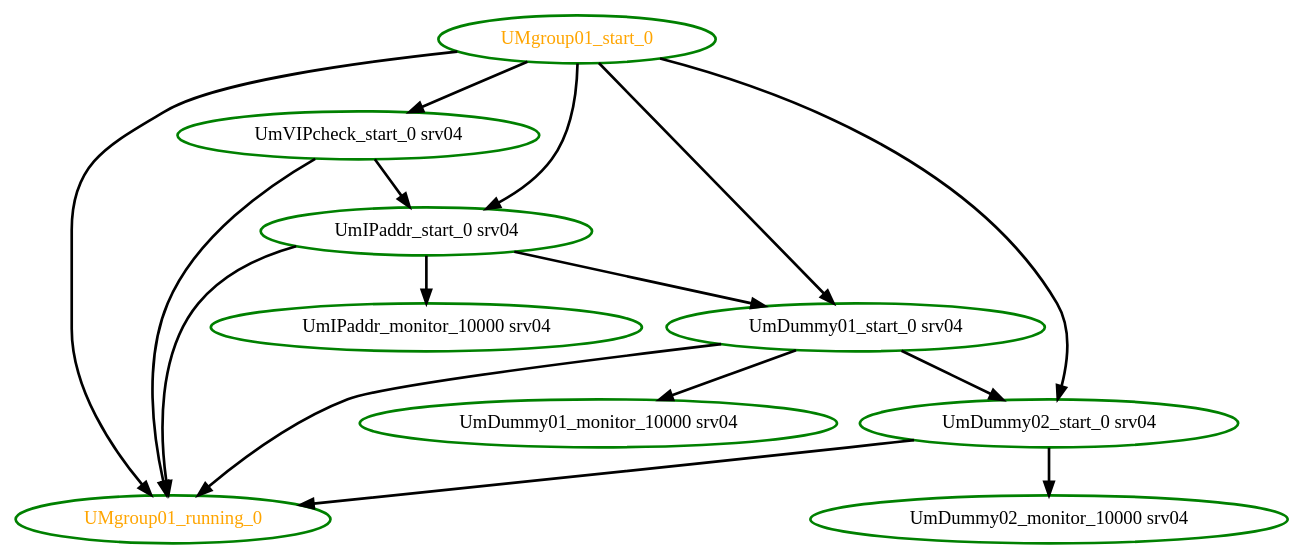
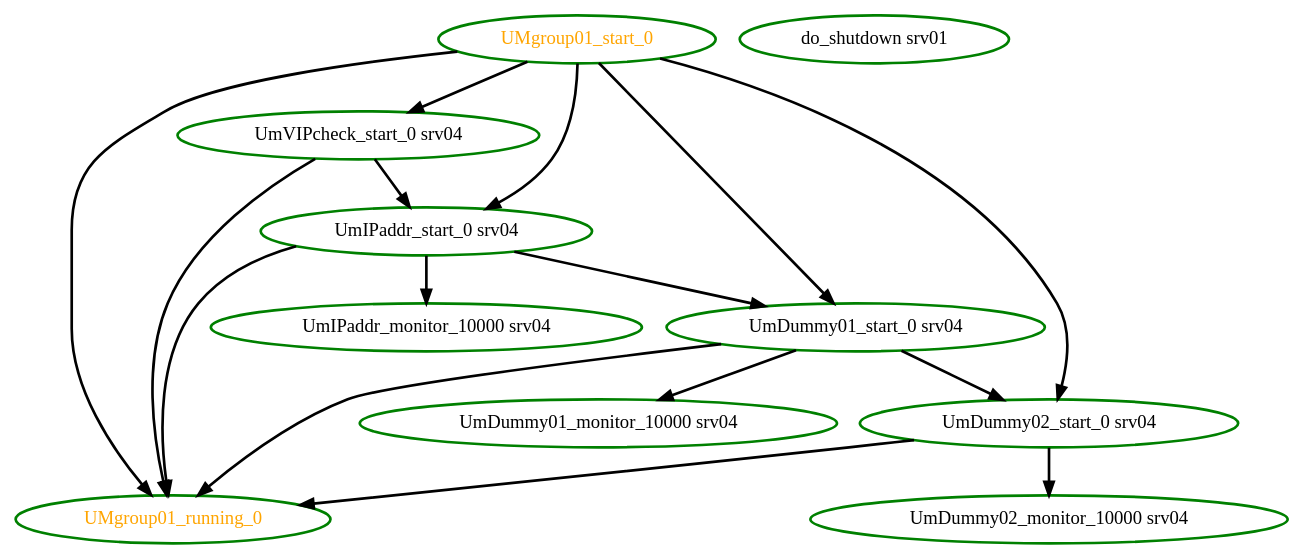
The diagram in pengine/test10/colocate-primitive-with-clone.dot (ClusterLabs/pacemaker), drawn with Graphviz before and after one commit. The commit also changed 3 other files, not shown here.

```diff
--- a/pengine/test10/colocate-primitive-with-clone.dot
+++ b/pengine/test10/colocate-primitive-with-clone.dot
@@ -1,26 +1,27 @@
 digraph "g" {
 "UMgroup01_running_0" [ style=bold color="green" fontcolor="orange" ]
 "UMgroup01_start_0" -> "UMgroup01_running_0" [ style = bold]
 "UMgroup01_start_0" -> "UmDummy01_start_0 srv04" [ style = bold]
 "UMgroup01_start_0" -> "UmDummy02_start_0 srv04" [ style = bold]
 "UMgroup01_start_0" -> "UmIPaddr_start_0 srv04" [ style = bold]
 "UMgroup01_start_0" -> "UmVIPcheck_start_0 srv04" [ style = bold]
 "UMgroup01_start_0" [ style=bold color="green" fontcolor="orange" ]
 "UmDummy01_monitor_10000 srv04" [ style=bold color="green" fontcolor="black" ]
 "UmDummy01_start_0 srv04" -> "UMgroup01_running_0" [ style = bold]
 "UmDummy01_start_0 srv04" -> "UmDummy01_monitor_10000 srv04" [ style = bold]
 "UmDummy01_start_0 srv04" -> "UmDummy02_start_0 srv04" [ style = bold]
 "UmDummy01_start_0 srv04" [ style=bold color="green" fontcolor="black" ]
 "UmDummy02_monitor_10000 srv04" [ style=bold color="green" fontcolor="black" ]
 "UmDummy02_start_0 srv04" -> "UMgroup01_running_0" [ style = bold]
 "UmDummy02_start_0 srv04" -> "UmDummy02_monitor_10000 srv04" [ style = bold]
 "UmDummy02_start_0 srv04" [ style=bold color="green" fontcolor="black" ]
 "UmIPaddr_monitor_10000 srv04" [ style=bold color="green" fontcolor="black" ]
 "UmIPaddr_start_0 srv04" -> "UMgroup01_running_0" [ style = bold]
 "UmIPaddr_start_0 srv04" -> "UmDummy01_start_0 srv04" [ style = bold]
 "UmIPaddr_start_0 srv04" -> "UmIPaddr_monitor_10000 srv04" [ style = bold]
 "UmIPaddr_start_0 srv04" [ style=bold color="green" fontcolor="black" ]
 "UmVIPcheck_start_0 srv04" -> "UMgroup01_running_0" [ style = bold]
 "UmVIPcheck_start_0 srv04" -> "UmIPaddr_start_0 srv04" [ style = bold]
 "UmVIPcheck_start_0 srv04" [ style=bold color="green" fontcolor="black" ]
+"do_shutdown srv01" [ style=bold color="green" fontcolor="black"]
 }
```
